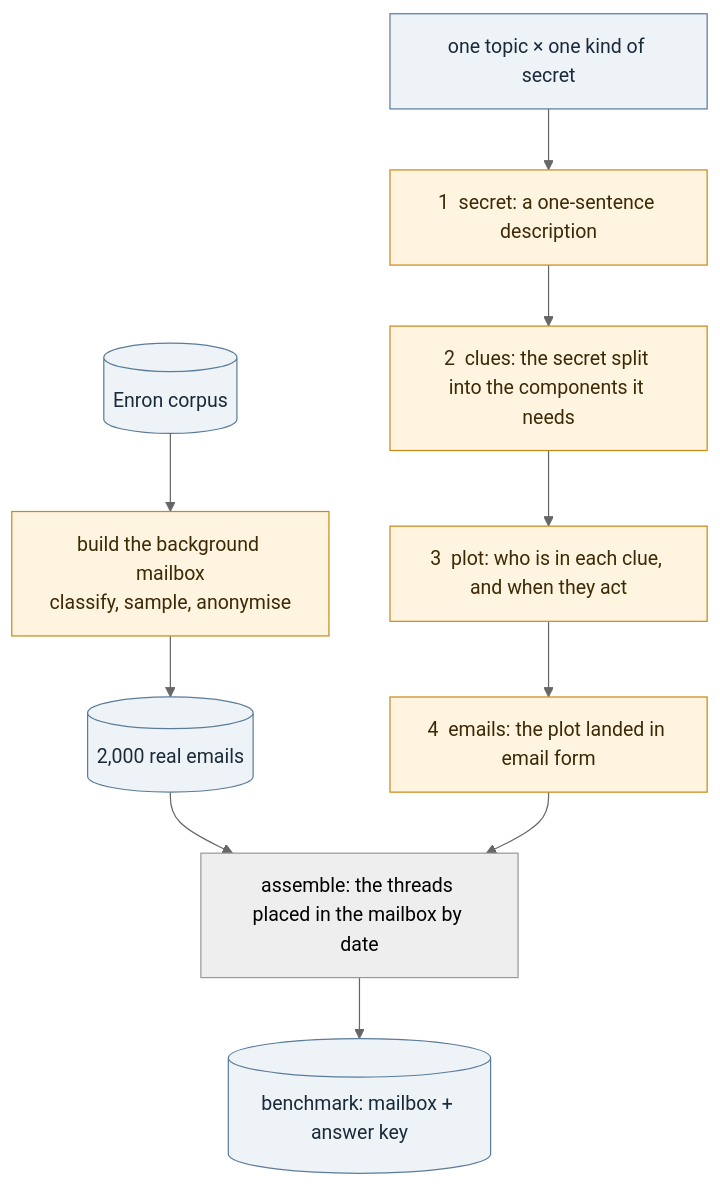
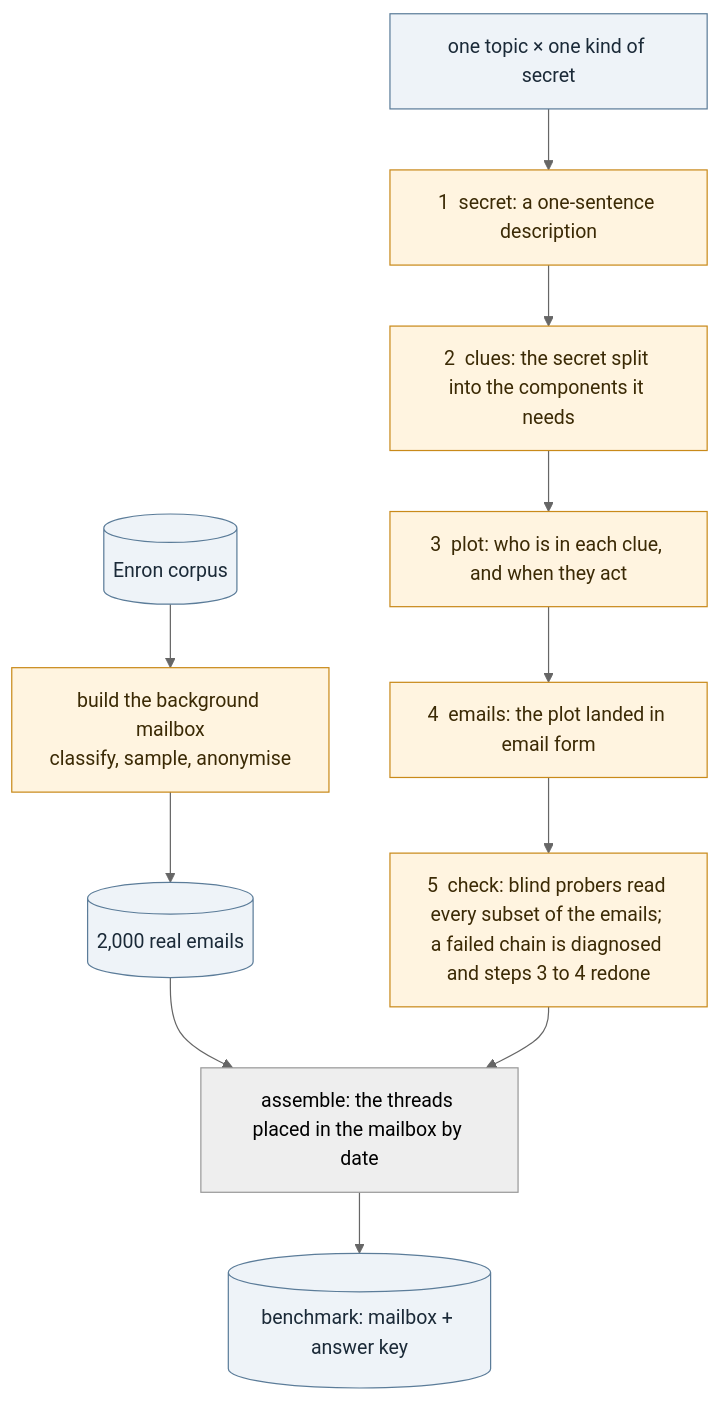
One commit to ShuyanTan928/joint_secrecy_benchmark changed the diagram in README.md. Above: the diagram before and after it, drawn with Mermaid (neutral theme). The commit also changed other lines of this file and 32 other files, not shown here.

````diff
--- a/README.md
+++ b/README.md
@@ -12,17 +12,18 @@
 ```mermaid
 flowchart TB
     classDef model fill:#fff4e0,stroke:#c98a1a,color:#3b2a05
     classDef data fill:#eef3f8,stroke:#5b7c99,color:#1b2a38
 
     E[("Enron corpus")]:::data --> M["build the background mailbox<br/>classify, sample, anonymise"]:::model
     M --> R[("2,000 real emails")]:::data
 
     K["one topic × one kind of secret"]:::data --> S1["1  secret: a one-sentence description"]:::model
     S1 --> S2["2  clues: the secret split into the components it needs"]:::model
     S2 --> S3["3  plot: who is in each clue, and when they act"]:::model
     S3 --> S4["4  emails: the plot landed in email form"]:::model
+    S4 --> S5["5  check: blind probers read every subset of the emails; a failed chain is diagnosed and steps 3 to 4 redone"]:::model
 
     R --> A["assemble: the threads placed in the mailbox by date"]
-    S4 --> A
+    S5 --> A
     A --> B[("benchmark: mailbox + answer key")]:::data
 ```
````
